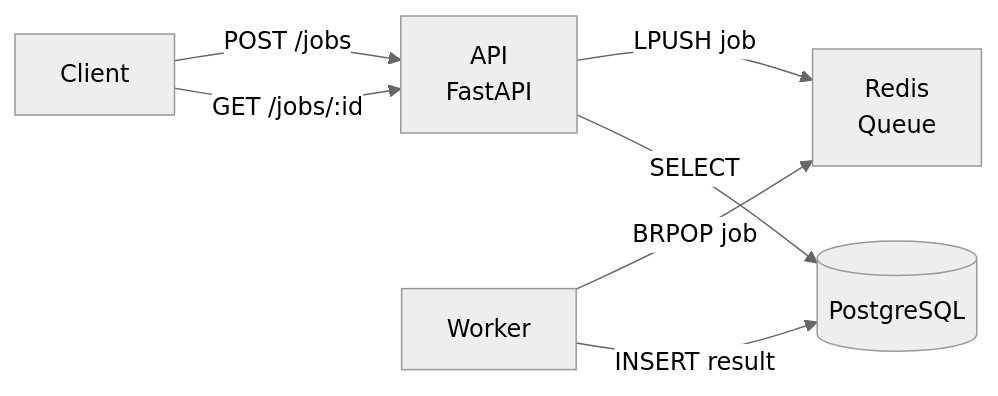
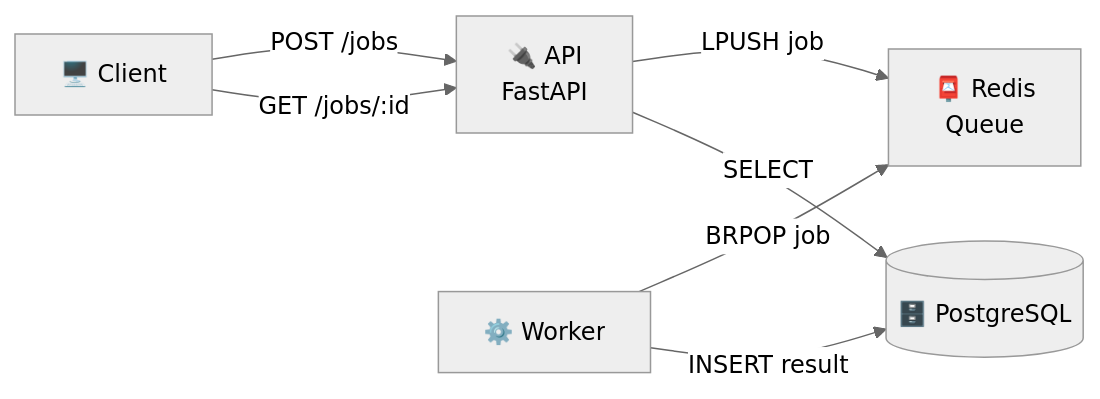
The diagram in workflow-api-demo/README.md (tazzledazzle/showcase-projects), drawn with Mermaid (neutral theme) before and after one commit. The commit also changed other lines of this file and 5 other files, not shown here.

````diff
--- a/workflow-api-demo/README.md
+++ b/workflow-api-demo/README.md
@@ -13,14 +22,14 @@
 ```mermaid
 flowchart LR
-  Client["Client"]
-  API["API\nFastAPI"]
-  Redis["Redis\nQueue"]
-  Worker["Worker"]
-  DB[(PostgreSQL)]
+  Client["🖥️ Client"]
+  API["🔌 API\nFastAPI"]
+  Redis["📮 Redis\nQueue"]
+  Worker["⚙️ Worker"]
+  DB[("🗄️ PostgreSQL")]
   Client -->|POST /jobs| API
   API -->|LPUSH job| Redis
   Worker -->|BRPOP job| Redis
   Worker -->|INSERT result| DB
   Client -->|GET /jobs/:id| API
   API -->|SELECT| DB
 ```
````
